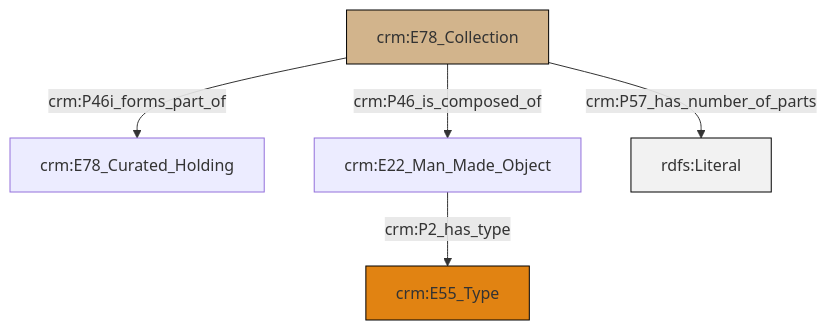
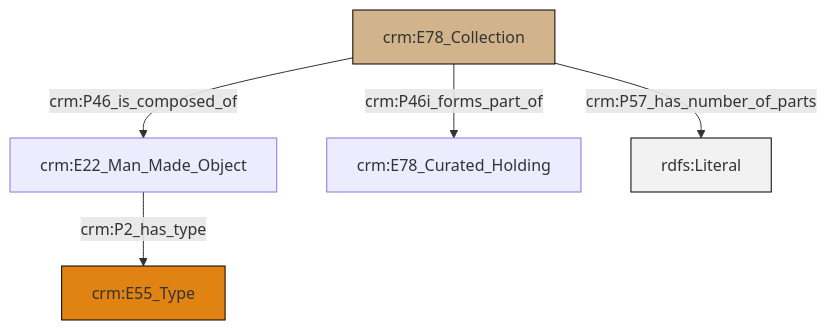
Before and after one commit to swiss-art-research-net/docs.swissartresearch: the diagram in et/archivalCSV/ttl/mmd/archival_parthood.ttl.mmd, drawn with Mermaid. The commit also changed 177 other files, not shown here.

```diff
--- a/et/archivalCSV/ttl/mmd/archival_parthood.ttl.mmd
+++ b/et/archivalCSV/ttl/mmd/archival_parthood.ttl.mmd
@@ -1,19 +1,19 @@
 graph TD
 classDef Literal fill:#f2f2f2,stroke:#000000;
 classDef CRM_Entity fill:#FFFFFF,stroke:#000000;
 classDef Temporal_Entity fill:#00C9E6, stroke:#000000;
 classDef Type fill:#E18312, stroke:#000000;
 classDef Time-Span fill:#2C9C91, stroke:#000000;
 classDef Appellation fill:#FFEB7F, stroke:#000000;
 classDef Place fill:#008836, stroke:#000000;
 classDef Persistent_Item fill:#B266B2, stroke:#000000;
 classDef Conceptual_Object fill:#FFD700, stroke:#000000;
 classDef Physical_Thing fill:#D2B48C, stroke:#000000;
 classDef Actor fill:#f58aad, stroke:#000000;
 classDef PC_Classes fill:#4ce600, stroke:#000000;
 classDef Multi fill:#cccccc,stroke:#000000;
 
-6["crm:E78_Collection"]:::Physical_Thing -->|crm:P57_has_number_of_parts| 7[rdfs:Literal]:::Literal
-6["crm:E78_Collection"]:::Physical_Thing -->|crm:P46i_forms_part_of| 0["crm:E78_Curated_Holding"]:::Default
-6["crm:E78_Collection"]:::Physical_Thing -->|crm:P46_is_composed_of| 2["crm:E22_Man_Made_Object"]:::Default
-2["crm:E22_Man_Made_Object"]:::Default -->|crm:P2_has_type| 4["crm:E55_Type"]:::Type
+0["crm:E22_Man_Made_Object"]:::Default -->|crm:P2_has_type| 1["crm:E55_Type"]:::Type
+2["crm:E78_Collection"]:::Physical_Thing -->|crm:P46i_forms_part_of| 3["crm:E78_Curated_Holding"]:::Default
+2["crm:E78_Collection"]:::Physical_Thing -->|crm:P46_is_composed_of| 0["crm:E22_Man_Made_Object"]:::Default
+2["crm:E78_Collection"]:::Physical_Thing -->|crm:P57_has_number_of_parts| 7[rdfs:Literal]:::Literal
```
